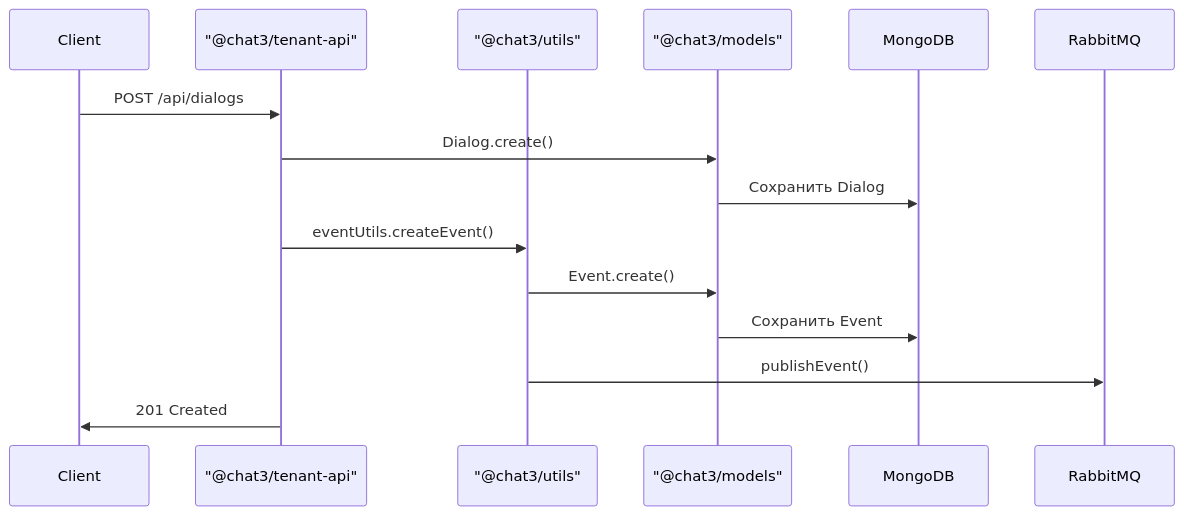
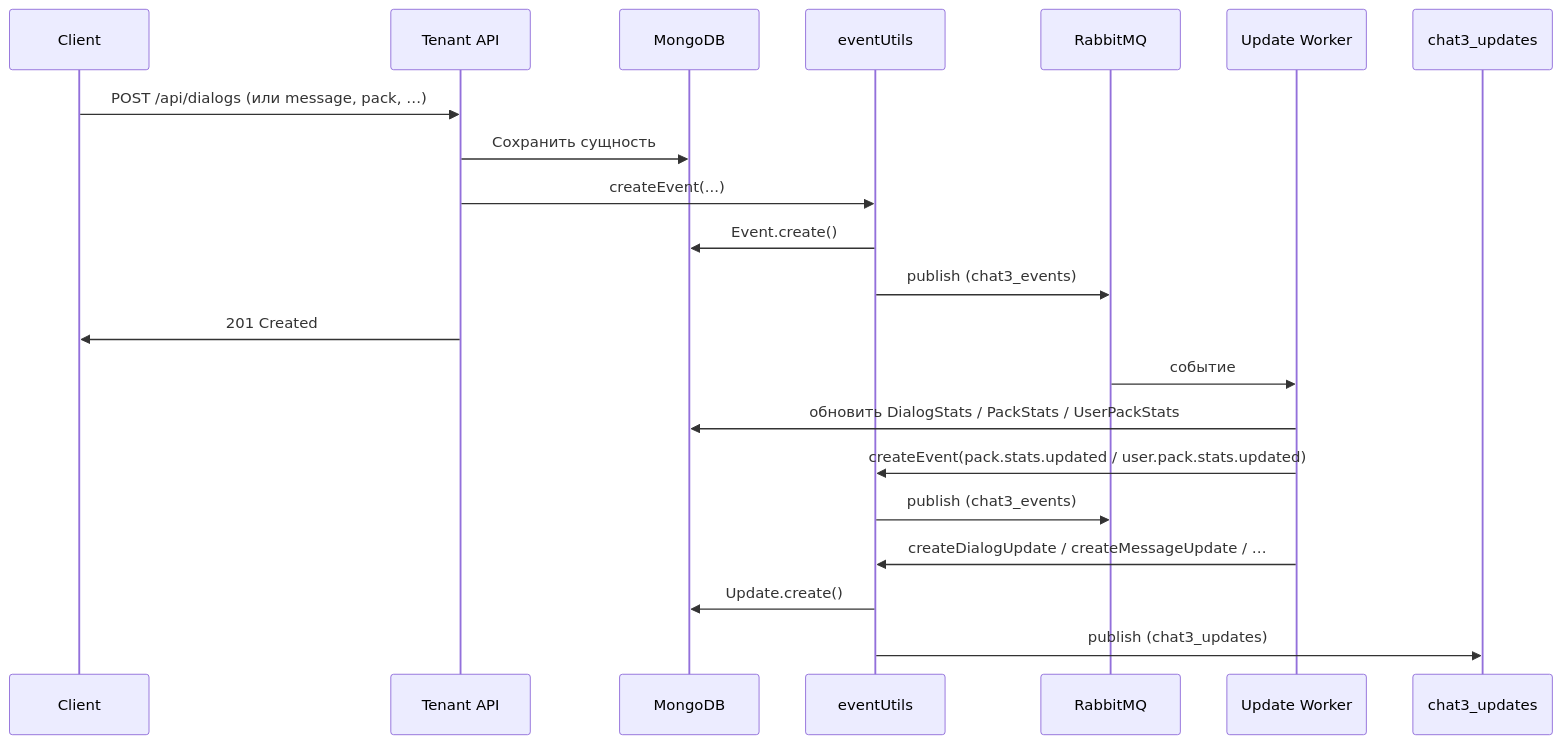
One commit to antirek/chat3 changed the third of 8 diagrams in docs/ARCHITECTURE.md. Above: the diagram before and after it, drawn with Mermaid. The commit also changed other lines of this file and 3 other files, not shown here.

````diff
--- a/docs/ARCHITECTURE.md
+++ b/docs/ARCHITECTURE.md
@@ -245,18 +112,25 @@
 ```mermaid
 sequenceDiagram
     participant Client
-    participant TenantAPI as "@chat3/tenant-api"
-    participant Utils as "@chat3/utils"
-    participant Models as "@chat3/models"
-    participant MongoDB
-    participant RabbitMQ
-    
-    Client->>TenantAPI: POST /api/dialogs
-    TenantAPI->>Models: Dialog.create()
-    Models->>MongoDB: Сохранить Dialog
-    TenantAPI->>Utils: eventUtils.createEvent()
-    Utils->>Models: Event.create()
-    Models->>MongoDB: Сохранить Event
-    Utils->>RabbitMQ: publishEvent()
-    TenantAPI->>Client: 201 Created
+    participant API as Tenant API
+    participant DB as MongoDB
+    participant Utils as eventUtils
+    participant RMQ as RabbitMQ
+    participant Worker as Update Worker
+    participant RMQUpd as chat3_updates
+
+    Client->>API: POST /api/dialogs (или message, pack, …)
+    API->>DB: Сохранить сущность
+    API->>Utils: createEvent(...)
+    Utils->>DB: Event.create()
+    Utils->>RMQ: publish (chat3_events)
+    API->>Client: 201 Created
+
+    RMQ->>Worker: событие
+    Worker->>DB: обновить DialogStats / PackStats / UserPackStats
+    Worker->>Utils: createEvent(pack.stats.updated / user.pack.stats.updated)
+    Utils->>RMQ: publish (chat3_events)
+    Worker->>Utils: createDialogUpdate / createMessageUpdate / …
+    Utils->>DB: Update.create()
+    Utils->>RMQUpd: publish (chat3_updates)
 ```
````
